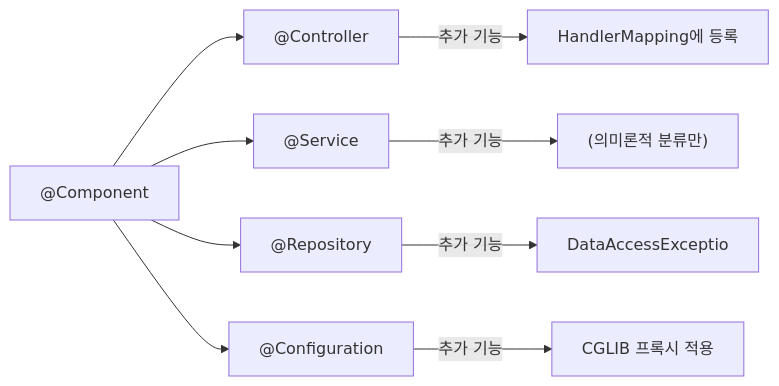
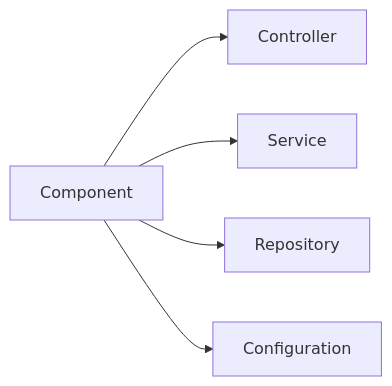
The fourth of 13 diagrams in _posts/spring/2026-05-02-spring-core-basic.md (yjkim2015/yjkim2015.github.io), drawn with Mermaid before and after one commit. The commit also changed other lines of this file and 163 other files, not shown here.

First line of the commit message:
Mermaid 300개 블록 내용 축소: 5노드 5엣지 이하, 의미 있는 약어

````diff
--- a/_posts/spring/2026-05-02-spring-core-basic.md
+++ b/_posts/spring/2026-05-02-spring-core-basic.md
@@ -201,11 +201,7 @@
 ```mermaid
 graph LR
-    A["@Component"] --> B["@Controller"]
-    A --> C["@Service"]
-    A --> D["@Repository"]
-    A --> E["@Configuration"]
-    B -->|"추가 기능"| F["HandlerMapping에 등록"]
-    C -->|"추가 기능"| G["(의미론적 분류만)"]
-    D -->|"추가 기능"| H["DataAccessExceptio"]
-    E -->|"추가 기능"| I["CGLIB 프록시 적용"]
+    A[Component] --> B[Controller]
+    A --> C[Service]
+    A --> D[Repository]
+    A --> E[Configuration]
 ```
````
